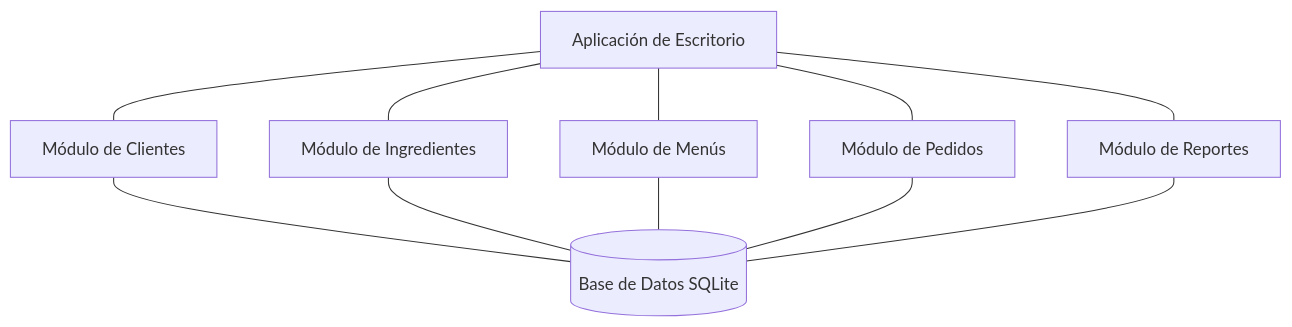
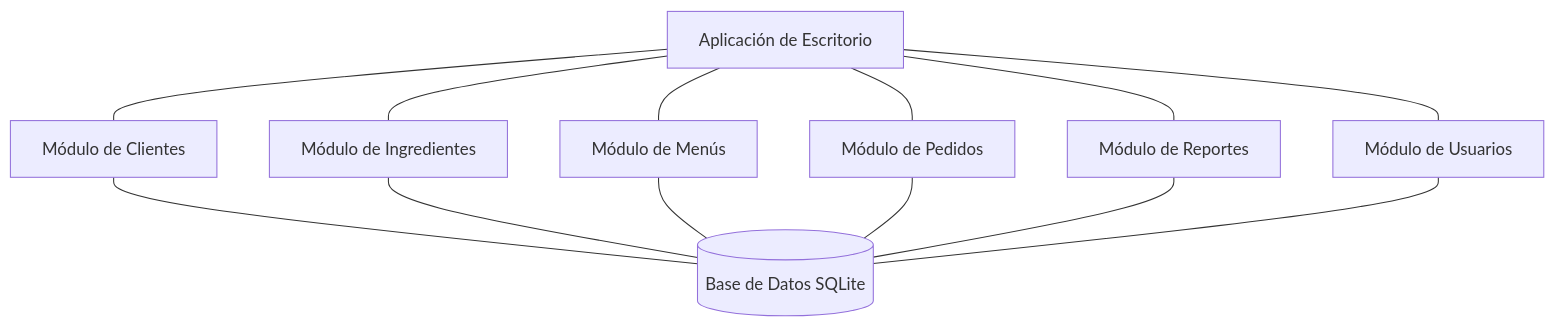
Diagram 11 of 12 in Sistema_Restaurante/Docs/Diagramas/Diagramas.md (Fabo01/Dise-o_Software), drawn with Mermaid before and after one commit. The commit also changed other lines of this file and 8 other files, not shown here.

````diff
--- a/Sistema_Restaurante/Docs/Diagramas/Diagramas.md
+++ b/Sistema_Restaurante/Docs/Diagramas/Diagramas.md
@@ -1193,22 +1222,25 @@
 ```mermaid
 flowchart TD
     App["Aplicación de Escritorio"]
     Clientes["Módulo de Clientes"]
     Ingredientes["Módulo de Ingredientes"]
     Menus["Módulo de Menús"]
     Pedidos["Módulo de Pedidos"]
     Reportes["Módulo de Reportes"]
+    Usuarios["Módulo de Usuarios"]
     DB[(Base de Datos SQLite)]
     
     App --- Clientes
     App --- Ingredientes
     App --- Menus
     App --- Pedidos
     App --- Reportes
+    App --- Usuarios
     
     Clientes --- DB
     Ingredientes --- DB
     Menus --- DB
     Pedidos --- DB
     Reportes --- DB
+    Usuarios --- DB
 ```
````
